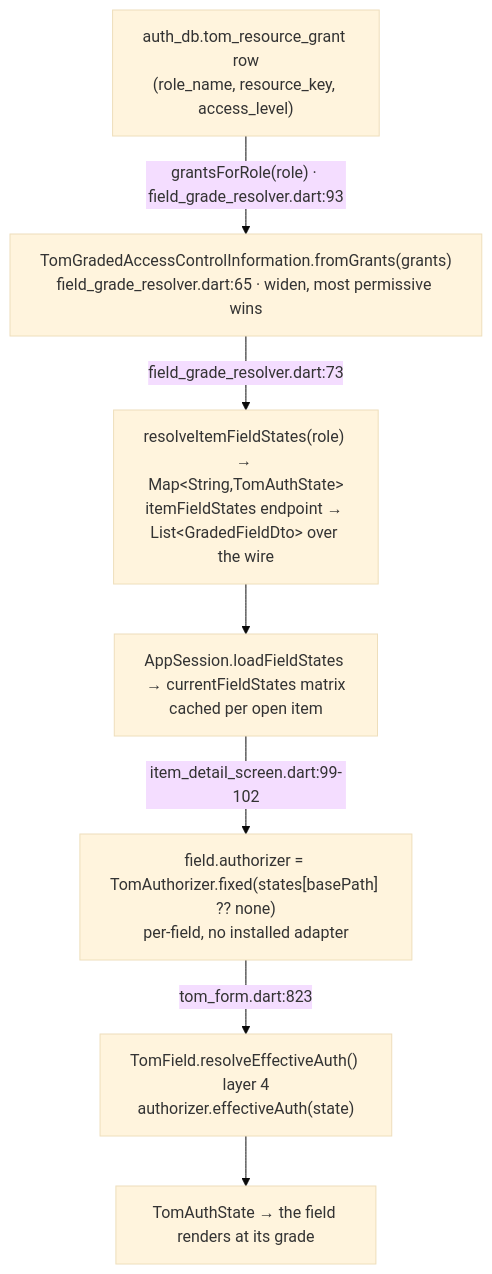
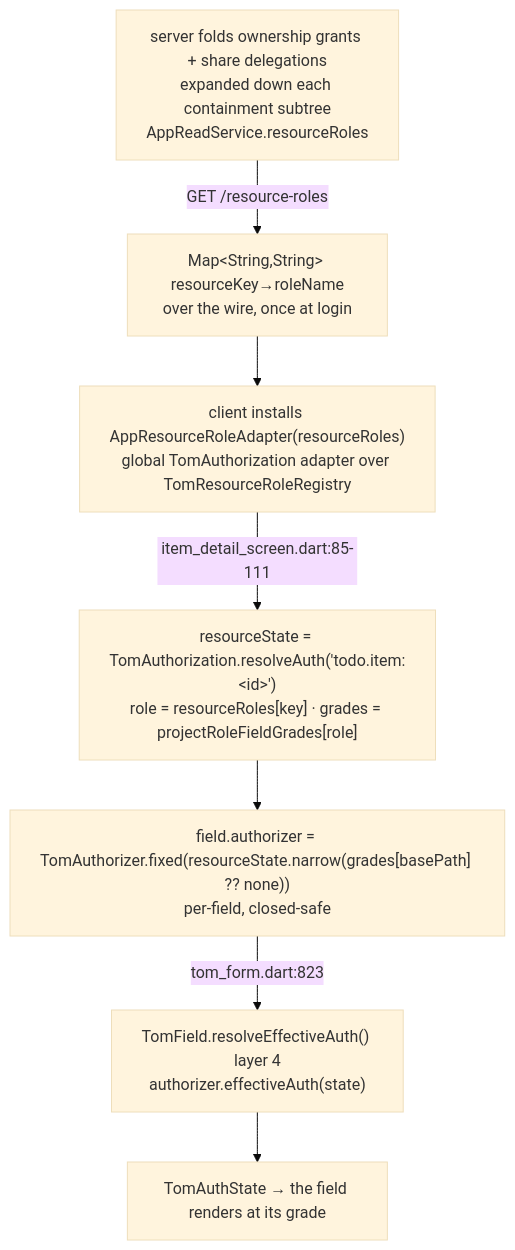
The diagram in tom_core_samples/README_advanced_A1_authorization_state_machine.md (al-the-bear/tom_core), drawn with Mermaid (base theme) before and after one commit. The commit also changed other lines of this file and 24 other files, not shown here.

First line of the commit message:
tom_core_samples: RCB6 — delete orphaned server itemFieldStates read path

````diff
--- a/tom_core_samples/README_advanced_A1_authorization_state_machine.md
+++ b/tom_core_samples/README_advanced_A1_authorization_state_machine.md
@@ -141,9 +144,9 @@
 ```mermaid
 graph TB
-  row["auth_db.tom_resource_grant row<br/>(role_name, resource_key, access_level)"] -- "grantsForRole(role) · field_grade_resolver.dart:93" --> fold["TomGradedAccessControlInformation.fromGrants(grants)<br/>field_grade_resolver.dart:65 · widen, most permissive wins"]
-  fold -- "field_grade_resolver.dart:73" --> map["resolveItemFieldStates(role) → Map&lt;String,TomAuthState&gt;<br/>itemFieldStates endpoint → List&lt;GradedFieldDto&gt; over the wire"]
-  map --> session["AppSession.loadFieldStates → currentFieldStates matrix<br/>cached per open item"]
-  session -- "item_detail_screen.dart:99-102" --> stamp["field.authorizer = TomAuthorizer.fixed(states[basePath] ?? none)<br/>per-field, no installed adapter"]
+  fold["server folds ownership grants + share delegations<br/>expanded down each containment subtree<br/>AppReadService.resourceRoles"] -- "GET /resource-roles" --> map["Map&lt;String,String&gt; resourceKey→roleName<br/>over the wire, once at login"]
+  map --> adapter["client installs AppResourceRoleAdapter(resourceRoles)<br/>global TomAuthorization adapter over TomResourceRoleRegistry"]
+  adapter -- "item_detail_screen.dart:85-111" --> resolve["resourceState = TomAuthorization.resolveAuth('todo.item:&lt;id&gt;')<br/>role = resourceRoles[key] · grades = projectRoleFieldGrades[role]"]
+  resolve --> stamp["field.authorizer = TomAuthorizer.fixed(resourceState.narrow(grades[basePath] ?? none))<br/>per-field, closed-safe"]
   stamp -- "tom_form.dart:823" --> field["TomField.resolveEffectiveAuth() layer 4<br/>authorizer.effectiveAuth(state)"]
   field --> state["TomAuthState → the field renders at its grade"]
 ```
````
